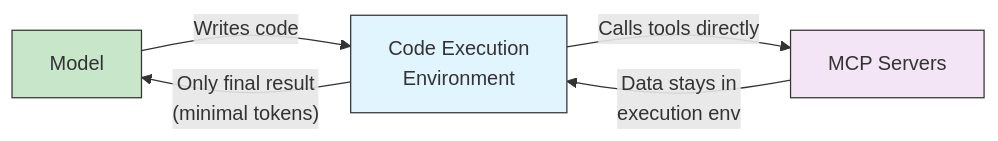
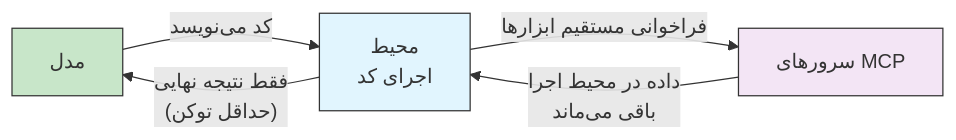
One commit to hassanbht/claude-howto changed the seventh of 7 diagrams in fa/05-mcp/README.md. Above: the diagram before and after it, drawn with Mermaid. The commit also changed other lines of this file and 53 other files, not shown here.

````diff
--- a/fa/05-mcp/README.md
+++ b/fa/05-mcp/README.md
@@ -953,11 +962,11 @@
 ```mermaid
 graph LR
-    A["Model"] -->|"Writes code"| B["Code Execution<br/>Environment"]
-    B -->|"Calls tools directly"| C["MCP Servers"]
-    C -->|"Data stays in<br/>execution env"| B
-    B -->|"Only final result<br/>(minimal tokens)"| A
+    A["مدل"] -->|"کد می‌نویسد"| B["محیط<br/>اجرای کد"]
+    B -->|"فراخوانی مستقیم ابزارها"| C["سرورهای MCP"]
+    C -->|"داده در محیط اجرا<br/>باقی می‌ماند"| B
+    B -->|"فقط نتیجه نهایی<br/>(حداقل توکن)"| A
 
     style A fill:#c8e6c9,stroke:#333,color:#333
     style B fill:#e1f5fe,stroke:#333,color:#333
     style C fill:#f3e5f5,stroke:#333,color:#333
 ```
````
